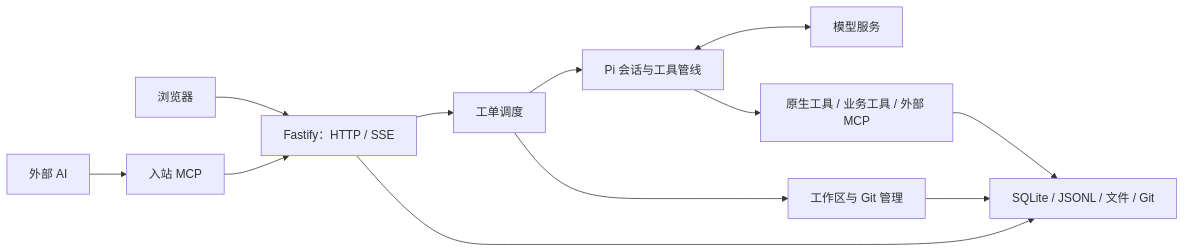
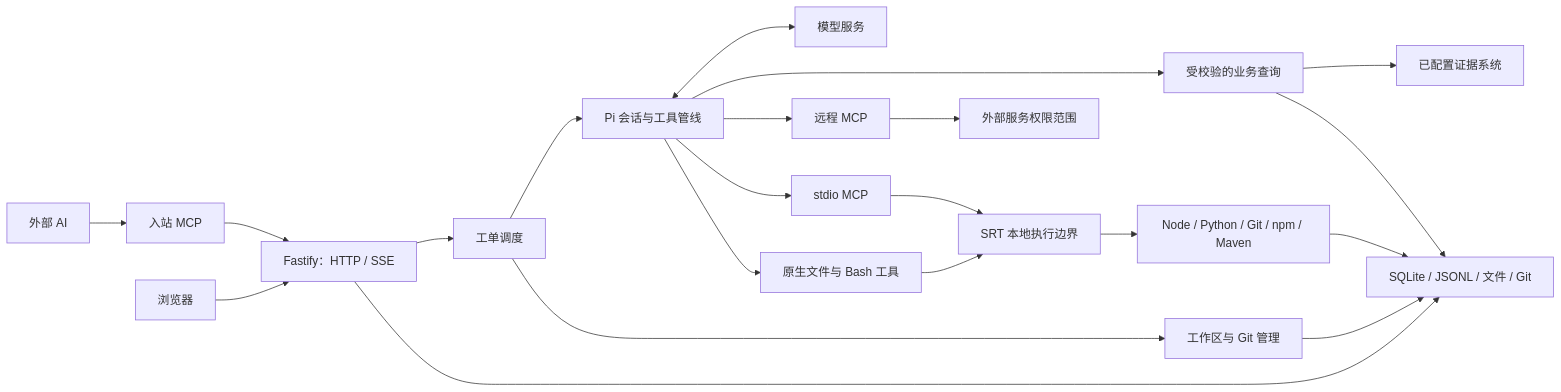
The first of 3 diagrams in docs/ARCHITECTURE.md (idoly/issue-pilot), drawn with Mermaid before and after one commit. The commit also changed other lines of this file and 63 other files, not shown here.

````diff
--- a/docs/ARCHITECTURE.md
+++ b/docs/ARCHITECTURE.md
@@ -7,14 +7,23 @@
 ```mermaid
 flowchart LR
   Browser[浏览器] --> API[Fastify：HTTP / SSE]
   External[外部 AI] --> Inbound[入站 MCP]
   Inbound --> API
   API --> Engine[工单调度]
   Engine --> Pi[Pi 会话与工具管线]
   Pi <--> Model[模型服务]
-  Pi --> Tools[原生工具 / 业务工具 / 外部 MCP]
+  Pi --> Native[原生文件与 Bash 工具]
+  Pi --> Business[受校验的业务查询]
+  Pi --> Stdio[stdio MCP]
+  Pi --> Remote[远程 MCP]
+  Native --> SRT[SRT 本地执行边界]
+  Stdio --> SRT
+  SRT --> Runtime[Node / Python / Git / npm / Maven]
+  Business --> Evidence[已配置证据系统]
+  Remote --> ExternalTools[外部服务权限范围]
   Engine --> Workspace[工作区与 Git 管理]
   API --> State[SQLite / JSONL / 文件 / Git]
   Workspace --> State
-  Tools --> State
+  Runtime --> State
+  Business --> State
 ```
````
